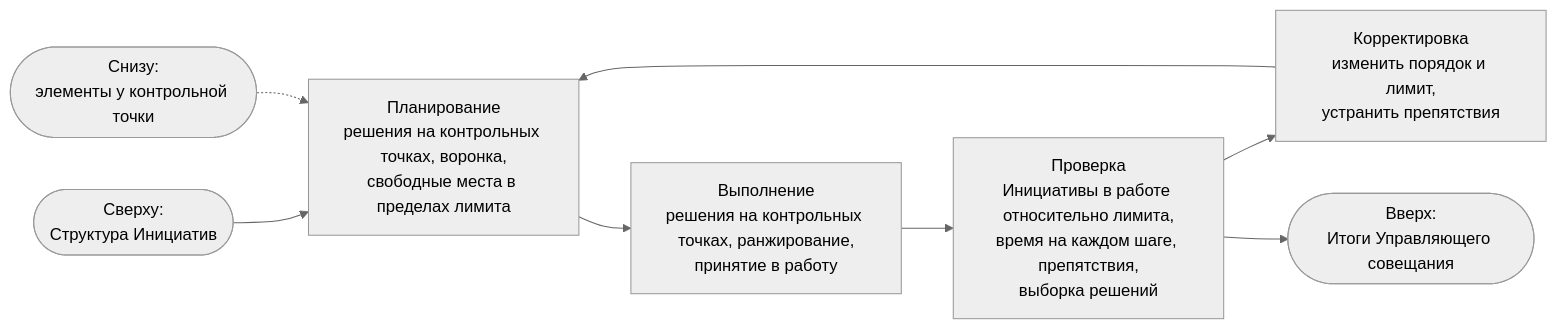
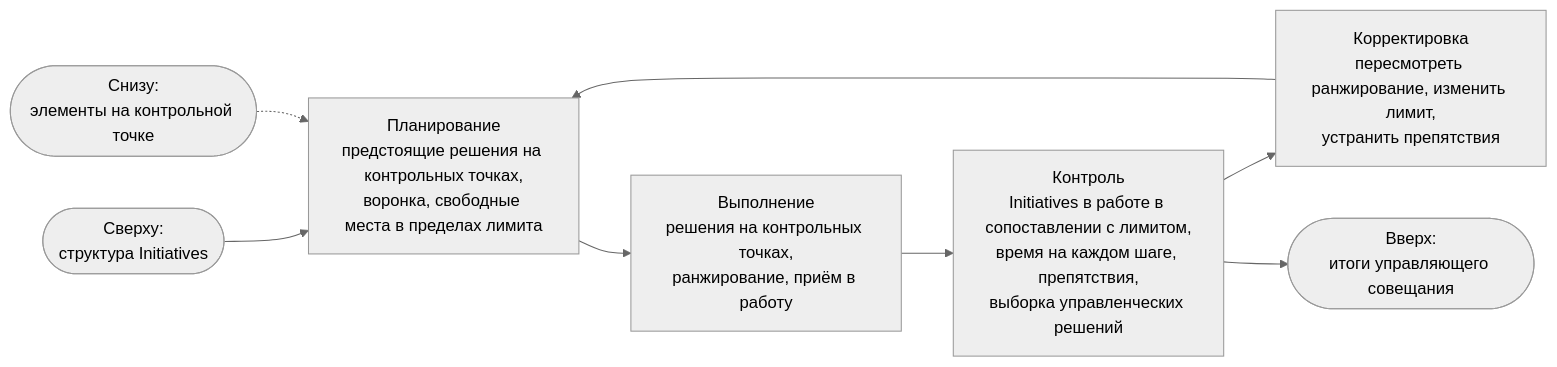
The fourth of 5 diagrams in portal/content/ru/portfolio/the-loops-and-governance.md (devhogu/ob-aicc), drawn with Mermaid (neutral theme) before and after one commit. The commit also changed other lines of this file and 16 other files, not shown here.

````diff
--- a/portal/content/ru/portfolio/the-loops-and-governance.md
+++ b/portal/content/ru/portfolio/the-loops-and-governance.md
@@ -66,10 +66,10 @@
 ```mermaid
 flowchart LR
-  IN(["Сверху:<br/>Структура Инициатив"]) --> P["Планирование<br/>решения на контрольных точках, воронка,<br/>свободные места в пределах лимита"]
-  P --> D["Выполнение<br/>решения на контрольных точках, ранжирование,<br/>принятие в работу"]
-  D --> C["Проверка<br/>Инициативы в работе относительно лимита,<br/>время на каждом шаге, препятствия,<br/>выборка решений"]
-  C --> A["Корректировка<br/>изменить порядок и лимит,<br/>устранить препятствия"]
+  IN(["Сверху:<br/>структура Initiatives"]) --> P["Планирование<br/>предстоящие решения на контрольных точках,<br/>воронка, свободные места в пределах лимита"]
+  P --> D["Выполнение<br/>решения на контрольных точках,<br/>ранжирование, приём в работу"]
+  D --> C["Контроль<br/>Initiatives в работе в сопоставлении с лимитом,<br/>время на каждом шаге, препятствия,<br/>выборка управленческих решений"]
+  C --> A["Корректировка<br/>пересмотреть ранжирование, изменить лимит,<br/>устранить препятствия"]
   A --> P
-  EV(["Снизу:<br/>элементы у контрольной точки"]) -.-> P
-  C --> OUT(["Вверх:<br/>Итоги Управляющего совещания"])
+  EV(["Снизу:<br/>элементы на контрольной точке"]) -.-> P
+  C --> OUT(["Вверх:<br/>итоги управляющего совещания"])
 ```
````
